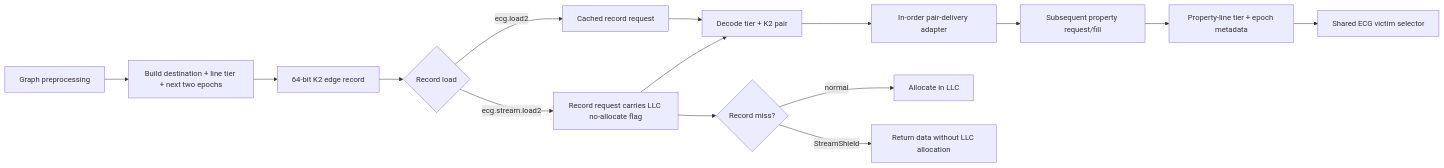
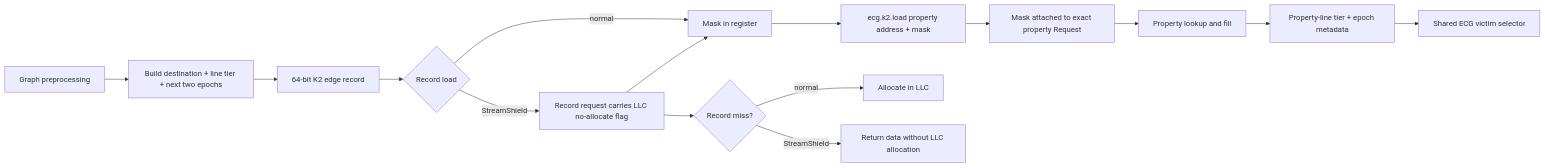
Before and after one commit to UVA-LavaLab/GraphBrew: the first of 3 diagrams in research/ecg-hpca/ARCHITECTURE.md, drawn with Mermaid. The commit also changed other lines of this file and 33 other files, not shown here.

First line of the commit message:
feat(ecg): bind K2 masks to property loads

````diff
--- a/research/ecg-hpca/ARCHITECTURE.md
+++ b/research/ecg-hpca/ARCHITECTURE.md
@@ -63,17 +63,17 @@
 ```mermaid
 flowchart LR
     A[Graph preprocessing] --> B[Build destination + line tier + next two epochs]
     B --> C[64-bit K2 edge record]
     C --> D{Record load}
-    D -->|ecg.load2| E[Cached record request]
-    D -->|ecg.stream.load2| F[Record request carries LLC no-allocate flag]
-    E --> G[Decode tier + K2 pair]
-    F --> G
-    G --> H[In-order pair-delivery adapter]
-    H --> I[Subsequent property request/fill]
+    D -->|normal| E[Mask in register]
+    D -->|StreamShield| F[Record request carries LLC no-allocate flag]
+    F --> E
+    E --> G[ecg.k2.load property address + mask]
+    G --> H[Mask attached to exact property Request]
+    H --> I[Property lookup and fill]
     I --> J[Property-line tier + epoch metadata]
     J --> K[Shared ECG victim selector]
     F --> L{Record miss?}
     L -->|normal| M[Allocate in LLC]
     L -->|StreamShield| N[Return data without LLC allocation]
 ```
````
